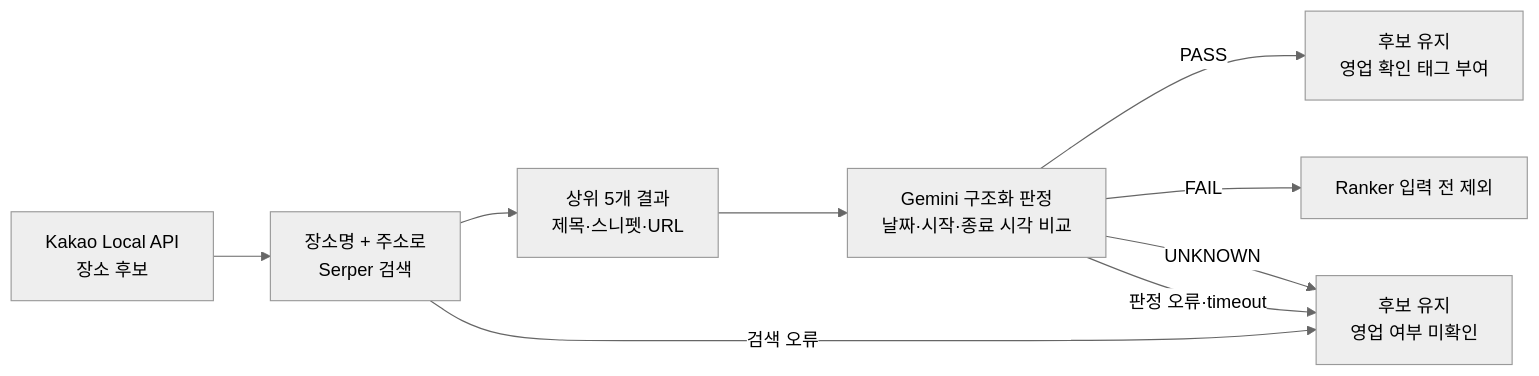
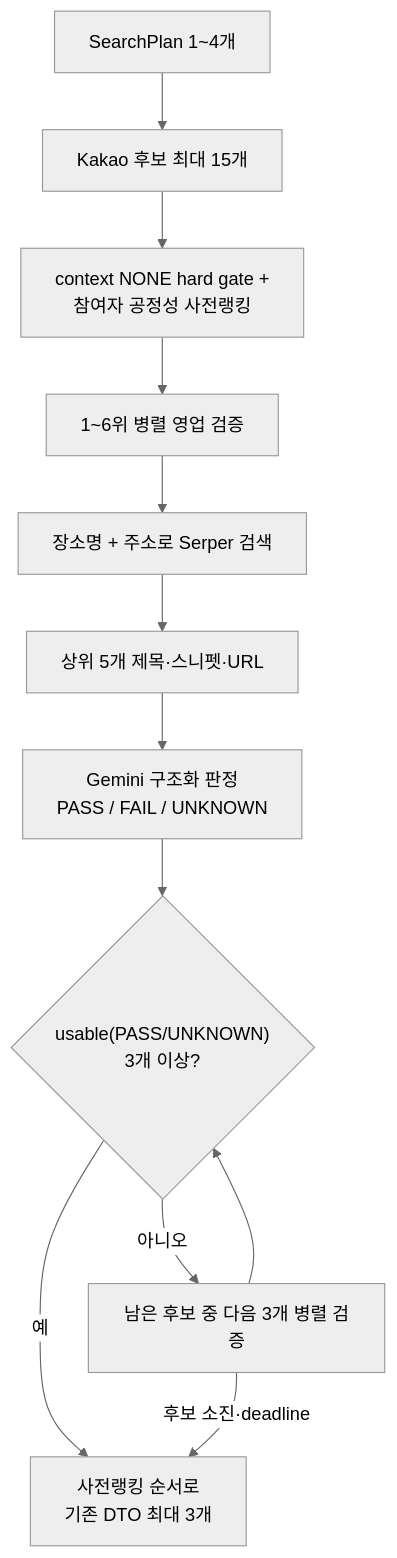
The third of 3 diagrams in docs/presentation-notes.md (damoyeo-team20/damoyeo-AI), drawn with Mermaid (neutral theme) before and after one commit. The commit also changed other lines of this file and 20 other files, not shown here.

````diff
--- a/docs/presentation-notes.md
+++ b/docs/presentation-notes.md
@@ -1046,11 +1089,14 @@
 ```mermaid
-flowchart LR
-    A["Kakao Local API<br/>장소 후보"] --> B["장소명 + 주소로<br/>Serper 검색"]
-    B --> C["상위 5개 결과<br/>제목·스니펫·URL"]
-    C --> D["Gemini 구조화 판정<br/>날짜·시작·종료 시각 비교"]
-    D -->|PASS| E["후보 유지<br/>영업 확인 태그 부여"]
-    D -->|FAIL| F["Ranker 입력 전 제외"]
-    D -->|UNKNOWN| G["후보 유지<br/>영업 여부 미확인"]
-    B -->|검색 오류| G
-    D -->|판정 오류·timeout| G
+flowchart TD
+    A["SearchPlan 1~4개"] --> B["Kakao 후보 최대 15개"]
+    B --> C["context NONE hard gate +<br/>참여자 공정성 사전랭킹"]
+    C --> D["1~6위 병렬 영업 검증"]
+    D --> E["장소명 + 주소로 Serper 검색"]
+    E --> F["상위 5개 제목·스니펫·URL"]
+    F --> G["Gemini 구조화 판정<br/>PASS / FAIL / UNKNOWN"]
+    G --> H{"usable(PASS/UNKNOWN)<br/>3개 이상?"}
+    H -->|아니오| I["남은 후보 중 다음 3개 병렬 검증"]
+    H -->|예| J["사전랭킹 순서로<br/>기존 DTO 최대 3개"]
+    I --> H
+    I -->|후보 소진·deadline| J
 ```
````
